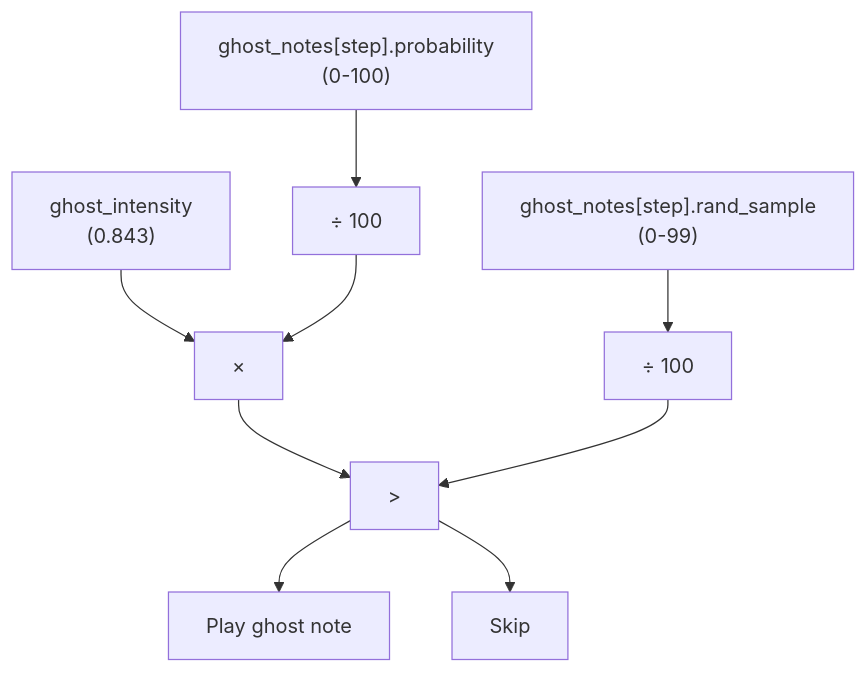
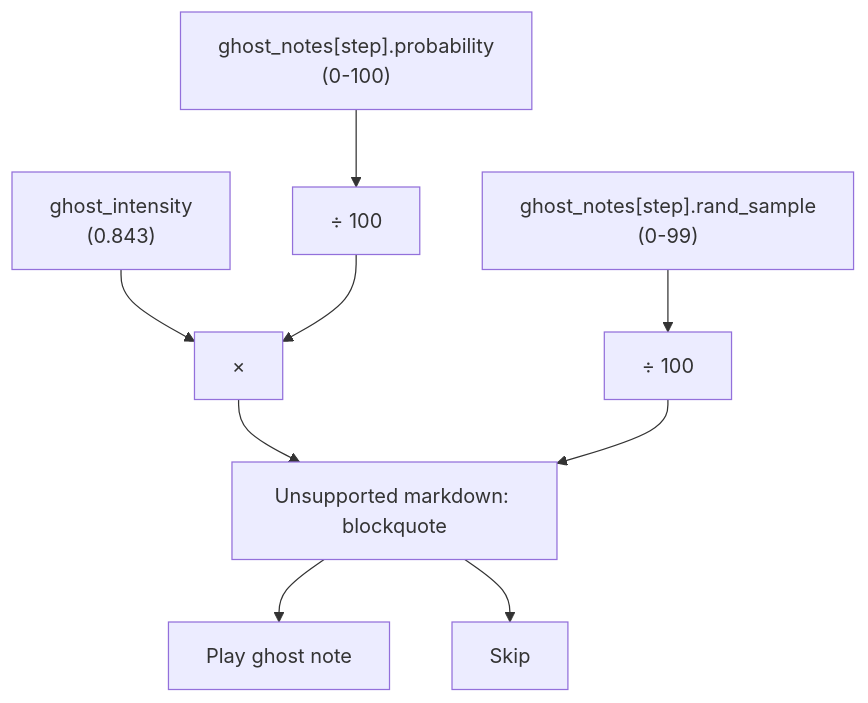
The sixth of 6 diagrams in wiki/5.4-ghost-note-generation.md (Jus-Be/orinayo-pico), drawn with Mermaid before and after one commit. The commit also changed other lines of this file and 42 other files, not shown here.

````diff
--- a/wiki/5.4-ghost-note-generation.md
+++ b/wiki/5.4-ghost-note-generation.md
@@ -341,22 +342,22 @@
 ```mermaid
 flowchart TD
 
 Stored["ghost_notes[step].probability<br>(0-100)"]
 Normalize1["÷ 100"]
 Intensity["ghost_intensity<br>(0.843)"]
 Multiply["×"]
 RandSample["ghost_notes[step].rand_sample<br>(0-99)"]
 Normalize2["÷ 100"]
-Compare[">"]
+Compare["Unsupported markdown: blockquote"]
 Play["Play ghost note"]
 Skip["Skip"]
 
 Stored --> Normalize1
 Intensity --> Multiply
 Normalize1 --> Multiply
 RandSample --> Normalize2
 Multiply --> Compare
 Normalize2 --> Compare
 Compare --> Play
 Compare --> Skip
 ```
````
